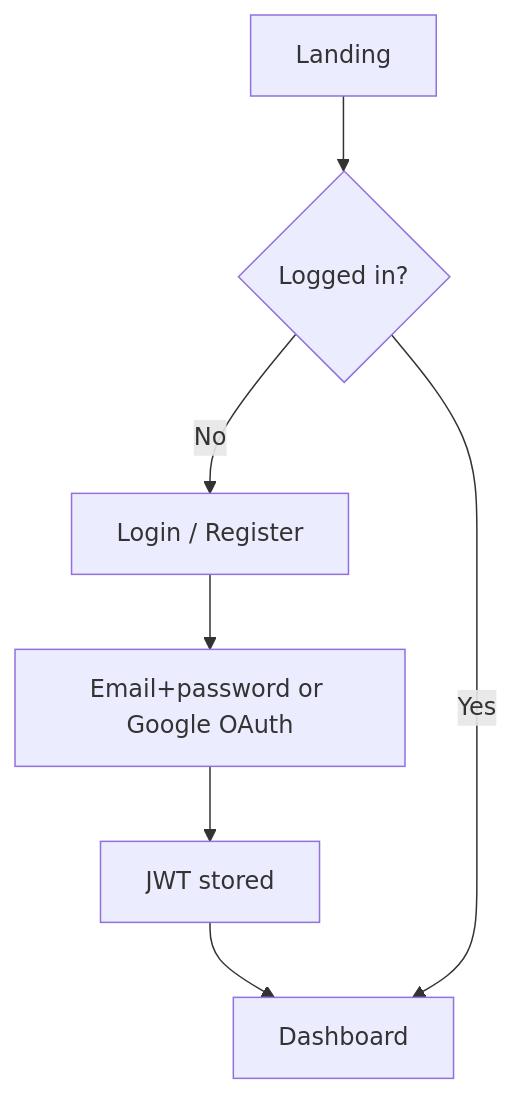
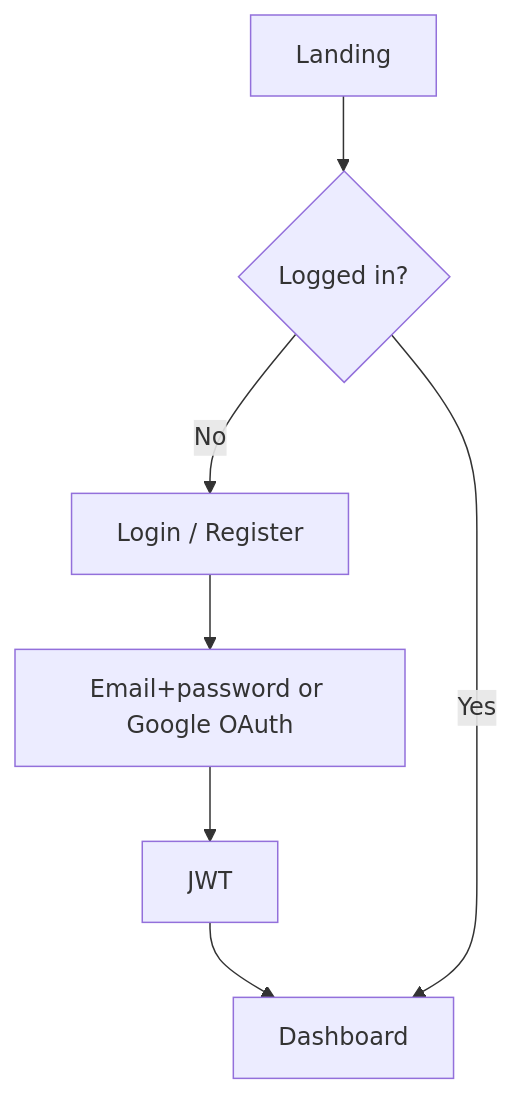
One commit to dainv123/resumate changed the fourth of 10 diagrams in README.md. Above: the diagram before and after it, drawn with Mermaid. The commit also changed other lines of this file and 17 other files, not shown here.

````diff
--- a/README.md
+++ b/README.md
@@ -180,9 +177,9 @@
 ```mermaid
 flowchart TD
   A[Landing] --> B{Logged in?}
   B -->|No| C[Login / Register]
   C --> D[Email+password or Google OAuth]
-  D --> E[JWT stored]
+  D --> E[JWT]
   E --> F[Dashboard]
   B -->|Yes| F
 ```
````
